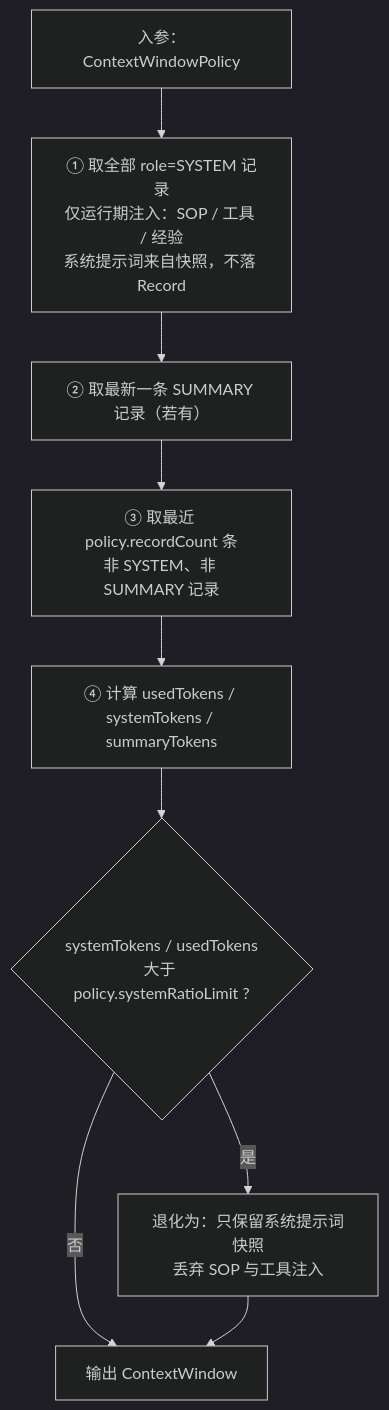
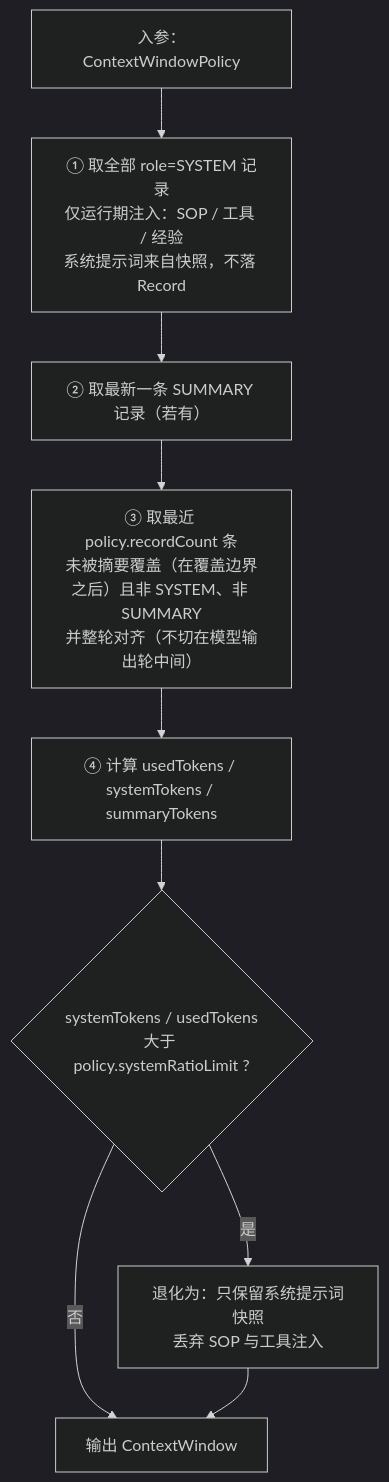
The sixth of 6 diagrams in model/模块-感知.md (zcd0831/Jellyfish-Docs), drawn with Mermaid (dark theme) before and after one commit. The commit also changed other lines of this file and 13 other files, not shown here.

````diff
--- a/model/模块-感知.md
+++ b/model/模块-感知.md
@@ -486,10 +491,10 @@
 ```mermaid
 flowchart TD
     A[入参：ContextWindowPolicy] --> B[① 取全部 role=SYSTEM 记录<br/>仅运行期注入：SOP / 工具 / 经验<br/>系统提示词来自快照，不落 Record]
     B --> C[② 取最新一条 SUMMARY 记录（若有）]
-    C --> D[③ 取最近 policy.recordCount 条<br/>非 SYSTEM、非 SUMMARY 记录]
+    C --> D[③ 取最近 policy.recordCount 条<br/>未被摘要覆盖（在覆盖边界之后）且非 SYSTEM、非 SUMMARY<br/>并整轮对齐（不切在模型输出轮中间）]
     D --> E[④ 计算 usedTokens / systemTokens / summaryTokens]
     E --> F{systemTokens / usedTokens<br/>大于 policy.systemRatioLimit ?}
     F -- 否 --> H[输出 ContextWindow]
     F -- 是 --> G[退化为：只保留系统提示词快照<br/>丢弃 SOP 与工具注入] --> H
 ```
````
